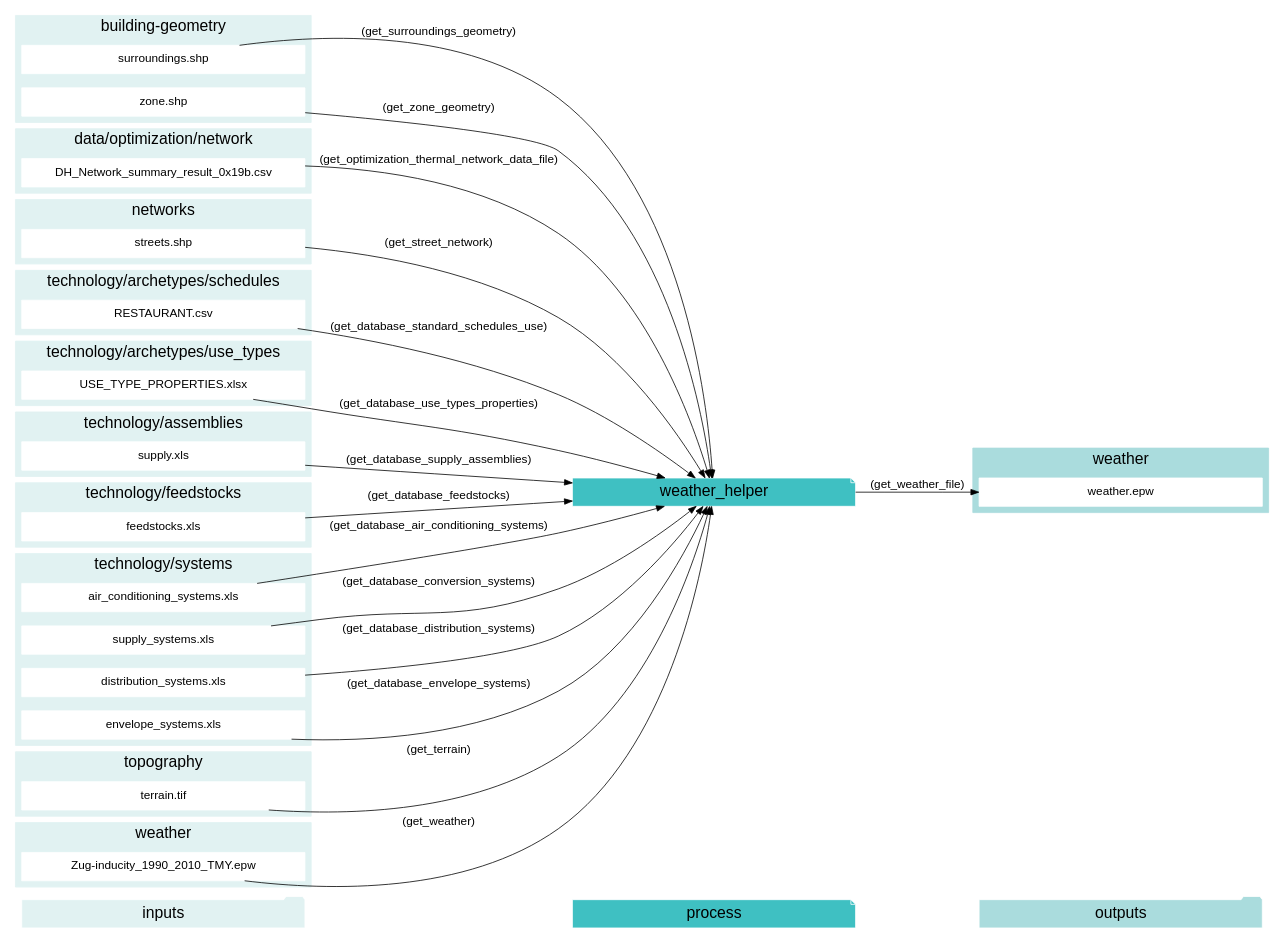
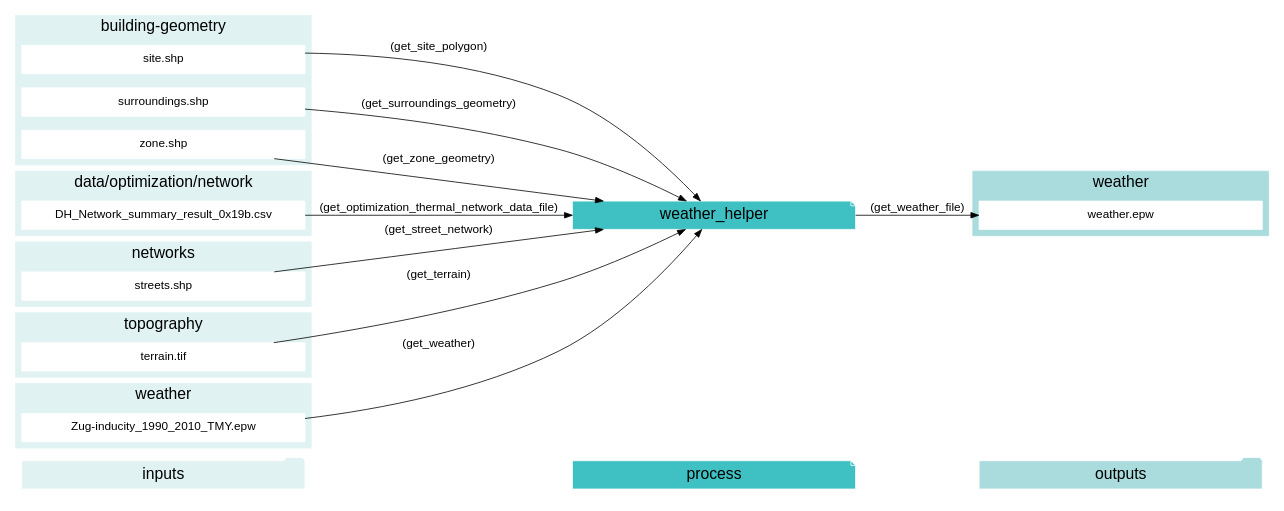
One commit to architecture-building-systems/CityEnergyAnalyst changed the diagram in docs/graphviz/weather_helper.gv. Above: the diagram before and after it, drawn with Graphviz. The commit also changed 24 other files, not shown here.

```diff
--- a/docs/graphviz/weather_helper.gv
+++ b/docs/graphviz/weather_helper.gv
@@ -1,124 +1,75 @@
 digraph trace_inputlocator {
     rankdir="LR";
     graph [overlap=false, fontname=arial];
     node [shape=box, style=filled, color=white, fontsize=15, fontname=arial, fixedsize=true, width=5];
     edge [fontname=arial, fontsize = 15]
     newrank=true
     subgraph cluster_legend {
     fontsize=25
     style=invis
     "process"[style=filled, fillcolor="#3FC0C2", shape=note, fontsize=20, fontname="arial"]
     "inputs" [style=filled, shape=folder, color=white, fillcolor="#E1F2F2", fontsize=20]
     "outputs"[style=filled, shape=folder, color=white, fillcolor="#aadcdd", fontsize=20]
     "inputs"->"process"[style=invis]
     "process"->"outputs"[style=invis]
     }
     "weather_helper"[style=filled, color=white, fillcolor="#3FC0C2", shape=note, fontsize=20, fontname=arial];
     subgraph cluster_0_in {
         style = filled;
         color = "#E1F2F2";
         fontsize = 20;
         rank=same;
         label="building-geometry";
+        "site.shp"
         "surroundings.shp"
         "zone.shp"
     }
     subgraph cluster_1_in {
         style = filled;
         color = "#E1F2F2";
         fontsize = 20;
         rank=same;
         label="data/optimization/network";
         "DH_Network_summary_result_0x19b.csv"
     }
     subgraph cluster_2_in {
         style = filled;
         color = "#E1F2F2";
         fontsize = 20;
         rank=same;
         label="networks";
         "streets.shp"
     }
     subgraph cluster_3_in {
         style = filled;
         color = "#E1F2F2";
         fontsize = 20;
         rank=same;
-        label="technology/archetypes/schedules";
-        "RESTAURANT.csv"
-    }
-    subgraph cluster_4_in {
-        style = filled;
-        color = "#E1F2F2";
-        fontsize = 20;
-        rank=same;
-        label="technology/archetypes/use_types";
-        "USE_TYPE_PROPERTIES.xlsx"
-    }
-    subgraph cluster_5_in {
-        style = filled;
-        color = "#E1F2F2";
-        fontsize = 20;
-        rank=same;
-        label="technology/assemblies";
-        "supply.xls"
-    }
-    subgraph cluster_6_in {
-        style = filled;
-        color = "#E1F2F2";
-        fontsize = 20;
-        rank=same;
-        label="technology/feedstocks";
-        "feedstocks.xls"
-    }
-    subgraph cluster_7_in {
-        style = filled;
-        color = "#E1F2F2";
-        fontsize = 20;
-        rank=same;
-        label="technology/systems";
-        "air_conditioning_systems.xls"
-        "supply_systems.xls"
-        "distribution_systems.xls"
-        "envelope_systems.xls"
-    }
-    subgraph cluster_8_in {
-        style = filled;
-        color = "#E1F2F2";
-        fontsize = 20;
-        rank=same;
         label="topography";
         "terrain.tif"
     }
-    subgraph cluster_9_in {
+    subgraph cluster_4_in {
         style = filled;
         color = "#E1F2F2";
         fontsize = 20;
         rank=same;
         label="weather";
         "Zug-inducity_1990_2010_TMY.epw"
     }
-    subgraph cluster_9_out {
+    subgraph cluster_4_out {
         style = filled;
         color = "#aadcdd";
         fontsize = 20;
         rank=same;
         label="weather";
         "weather.epw"
     }
-    "air_conditioning_systems.xls" -> "weather_helper"[label="(get_database_air_conditioning_systems)"]
-    "supply_systems.xls" -> "weather_helper"[label="(get_database_conversion_systems)"]
-    "distribution_systems.xls" -> "weather_helper"[label="(get_database_distribution_systems)"]
-    "envelope_systems.xls" -> "weather_helper"[label="(get_database_envelope_systems)"]
-    "feedstocks.xls" -> "weather_helper"[label="(get_database_feedstocks)"]
-    "RESTAURANT.csv" -> "weather_helper"[label="(get_database_standard_schedules_use)"]
-    "supply.xls" -> "weather_helper"[label="(get_database_supply_assemblies)"]
-    "USE_TYPE_PROPERTIES.xlsx" -> "weather_helper"[label="(get_database_use_types_properties)"]
     "DH_Network_summary_result_0x19b.csv" -> "weather_helper"[label="(get_optimization_thermal_network_data_file)"]
+    "site.shp" -> "weather_helper"[label="(get_site_polygon)"]
     "streets.shp" -> "weather_helper"[label="(get_street_network)"]
     "surroundings.shp" -> "weather_helper"[label="(get_surroundings_geometry)"]
     "terrain.tif" -> "weather_helper"[label="(get_terrain)"]
     "Zug-inducity_1990_2010_TMY.epw" -> "weather_helper"[label="(get_weather)"]
     "zone.shp" -> "weather_helper"[label="(get_zone_geometry)"]
     "weather_helper" -> "weather.epw"[label="(get_weather_file)"]
     }
```
